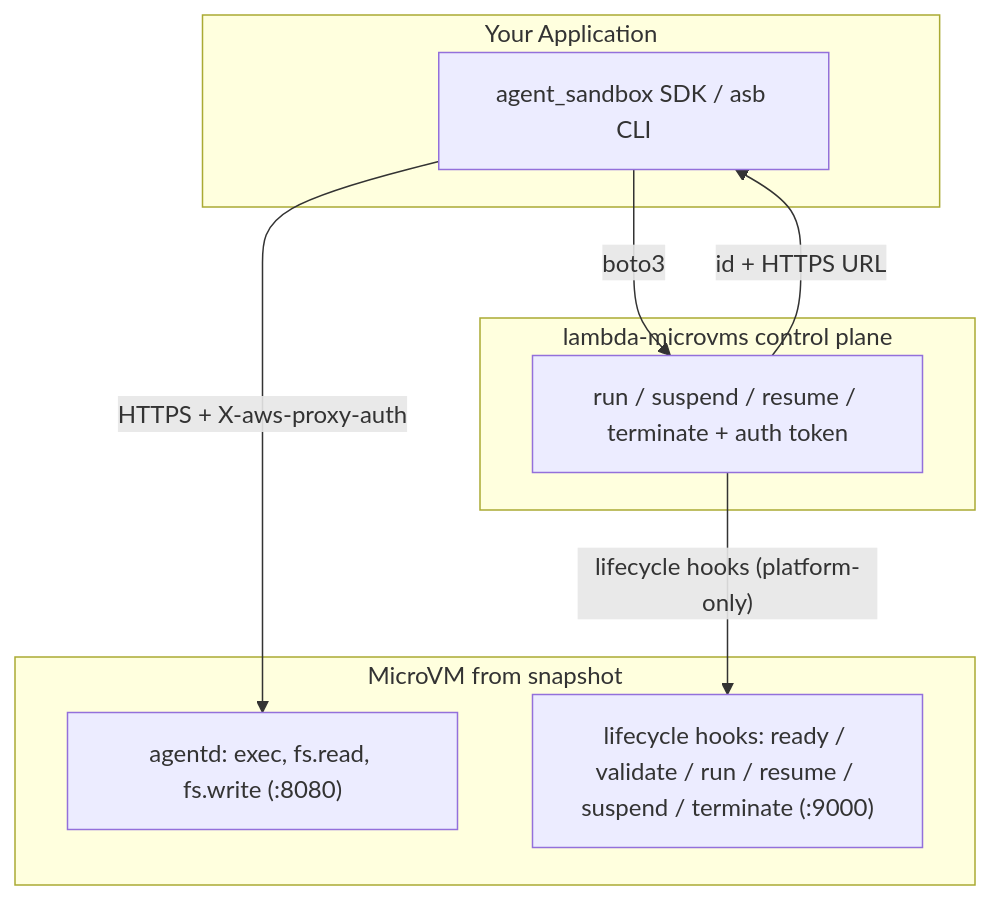
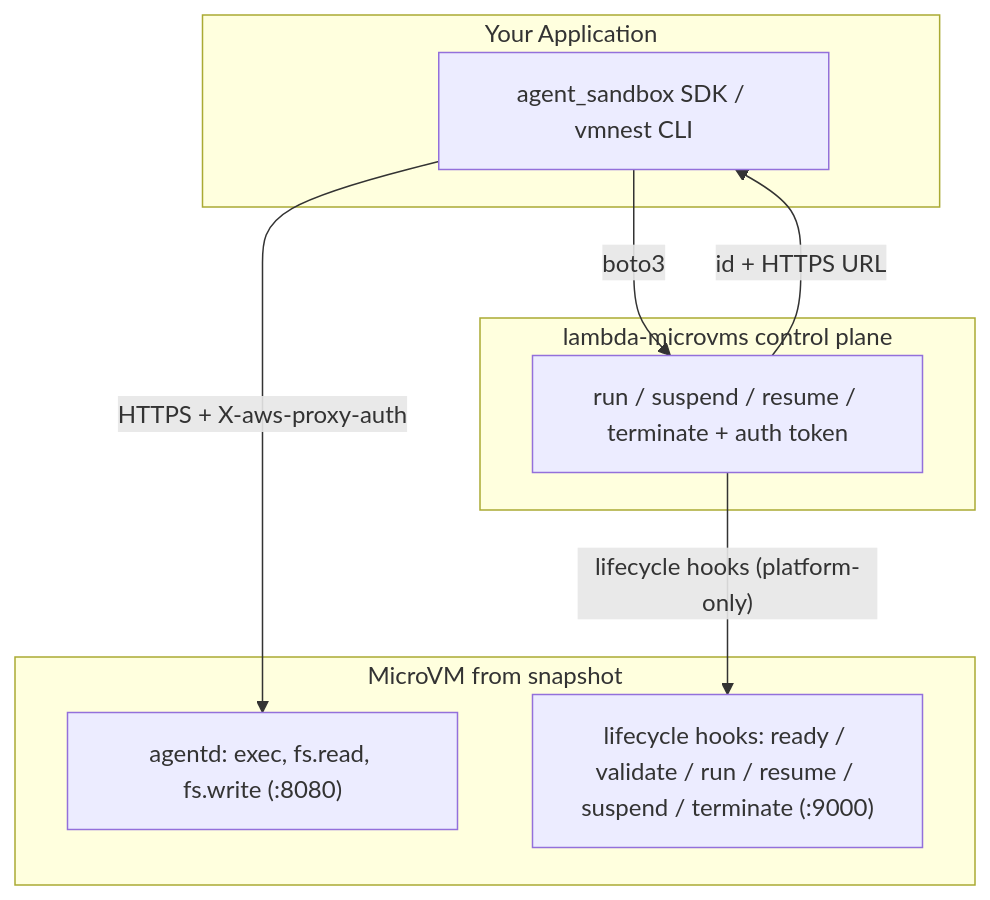
Before and after one commit to jnh12/agent-microvm: the diagram in README.md, drawn with Mermaid. The commit also changed other lines of this file and 25 other files, not shown here.

````diff
--- a/README.md
+++ b/README.md
@@ -154,17 +160,17 @@
 ```mermaid
 graph TD
     subgraph app [Your Application]
-        SDK["agent_sandbox SDK / asb CLI"]
+        SDK["agent_sandbox SDK / vmnest CLI"]
     end
     subgraph aws [lambda-microvms control plane]
         CP["run / suspend / resume / terminate + auth token"]
     end
     subgraph vm [MicroVM from snapshot]
         AG["agentd: exec, fs.read, fs.write (:8080)"]
         HK["lifecycle hooks: ready / validate / run / resume / suspend / terminate (:9000)"]
     end
     SDK -->|"boto3"| CP
     CP -->|"id + HTTPS URL"| SDK
     SDK -->|"HTTPS + X-aws-proxy-auth"| AG
     CP -->|"lifecycle hooks (platform-only)"| HK
 ```
````
